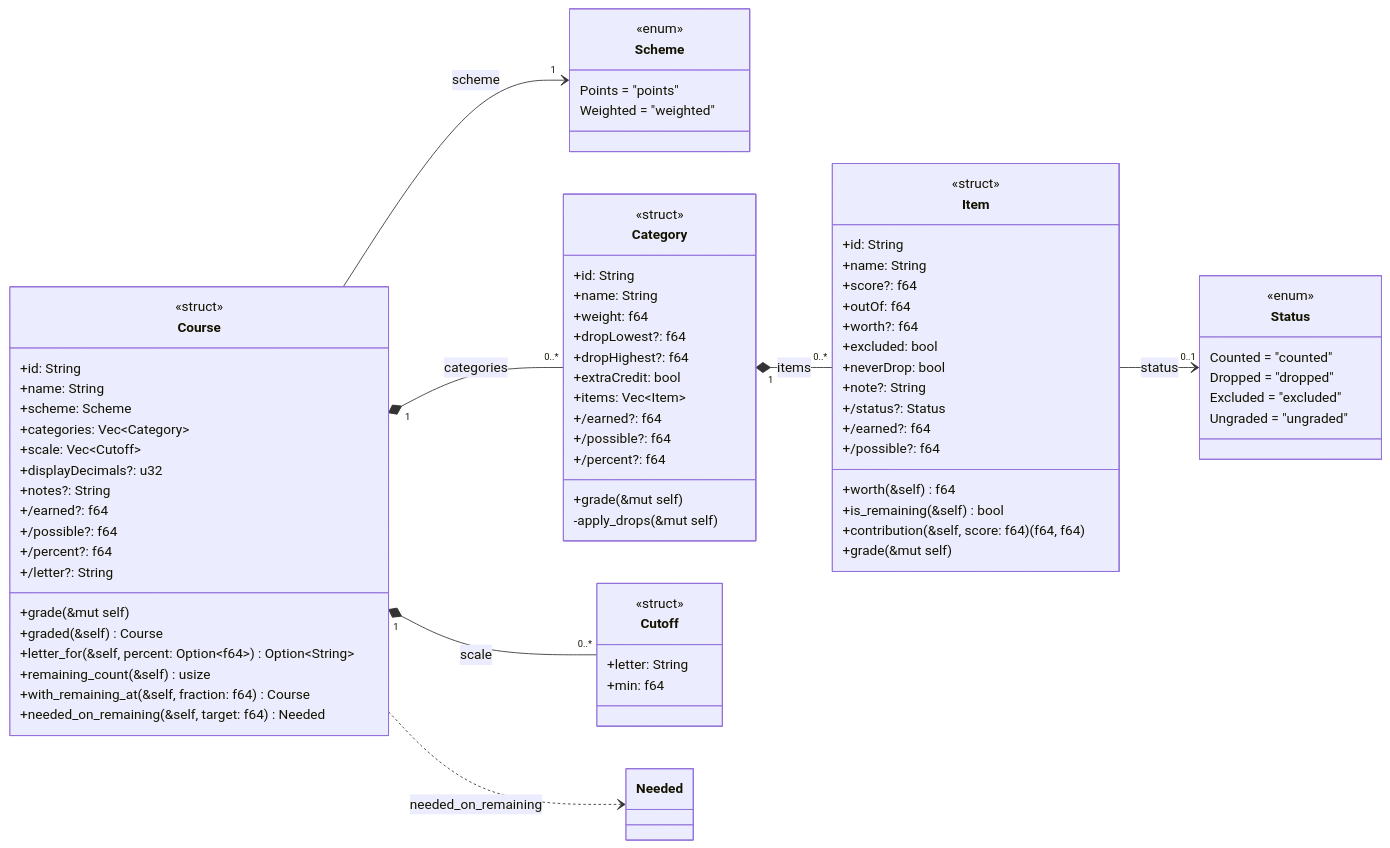
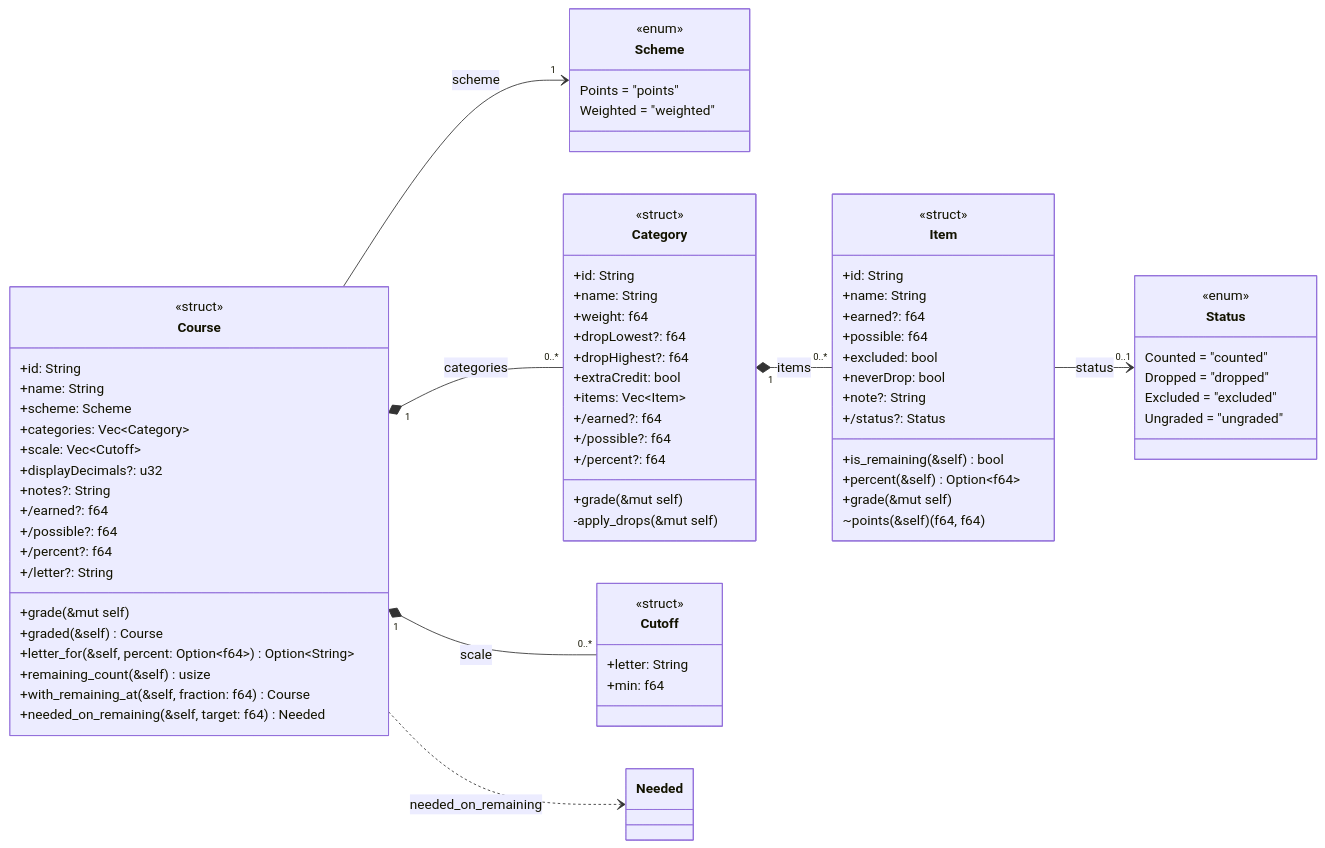
Before and after one commit to Patman1O1/grade-calculator: the second of 9 diagrams in docs/uml.md, drawn with Mermaid. The commit also changed other lines of this file and 20 other files, not shown here.

````diff
--- a/docs/uml.md
+++ b/docs/uml.md
@@ -74,80 +76,77 @@
 ```mermaid
 classDiagram
   direction LR
   class Scheme {
     <<enum>>
     Points = "points"
     Weighted = "weighted"
   }
   class Course {
     <<struct>>
     +id: String
     +name: String
     +scheme: Scheme
     +categories: Vec~Category~
     +scale: Vec~Cutoff~
     +displayDecimals?: u32
     +notes?: String
     +/earned?: f64
     +/possible?: f64
     +/percent?: f64
     +/letter?: String
     +grade(&mut self)
     +graded(&self) Course
     +letter_for(&self, percent: Option~f64~) Option~String~
     +remaining_count(&self) usize
     +with_remaining_at(&self, fraction: f64) Course
     +needed_on_remaining(&self, target: f64) Needed
   }
   class Category {
     <<struct>>
     +id: String
     +name: String
     +weight: f64
     +dropLowest?: f64
     +dropHighest?: f64
     +extraCredit: bool
     +items: Vec~Item~
     +/earned?: f64
     +/possible?: f64
     +/percent?: f64
     +grade(&mut self)
     -apply_drops(&mut self)
   }
   class Item {
     <<struct>>
     +id: String
     +name: String
-    +score?: f64
-    +outOf: f64
-    +worth?: f64
+    +earned?: f64
+    +possible: f64
     +excluded: bool
     +neverDrop: bool
     +note?: String
     +/status?: Status
-    +/earned?: f64
-    +/possible?: f64
-    +worth(&self) f64
     +is_remaining(&self) bool
-    +contribution(&self, score: f64) (f64, f64)
+    +percent(&self) Option~f64~
     +grade(&mut self)
+    ~points(&self) (f64, f64)
   }
   class Cutoff {
     <<struct>>
     +letter: String
     +min: f64
   }
   class Status {
     <<enum>>
     Counted = "counted"
     Dropped = "dropped"
     Excluded = "excluded"
     Ungraded = "ungraded"
   }
   Course "1" *-- "0..*" Category : categories
   Category "1" *-- "0..*" Item : items
   Course "1" *-- "0..*" Cutoff : scale
   Course --> "1" Scheme : scheme
   Item --> "0..1" Status : status
   Course ..> Needed : needed_on_remaining
 ```
````
